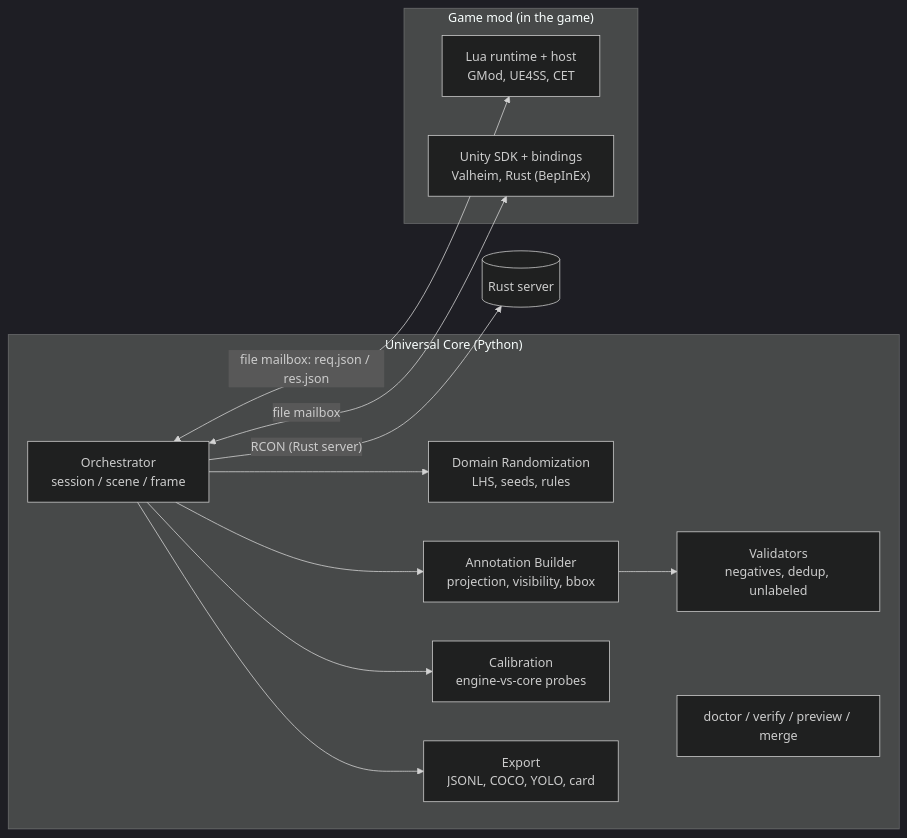
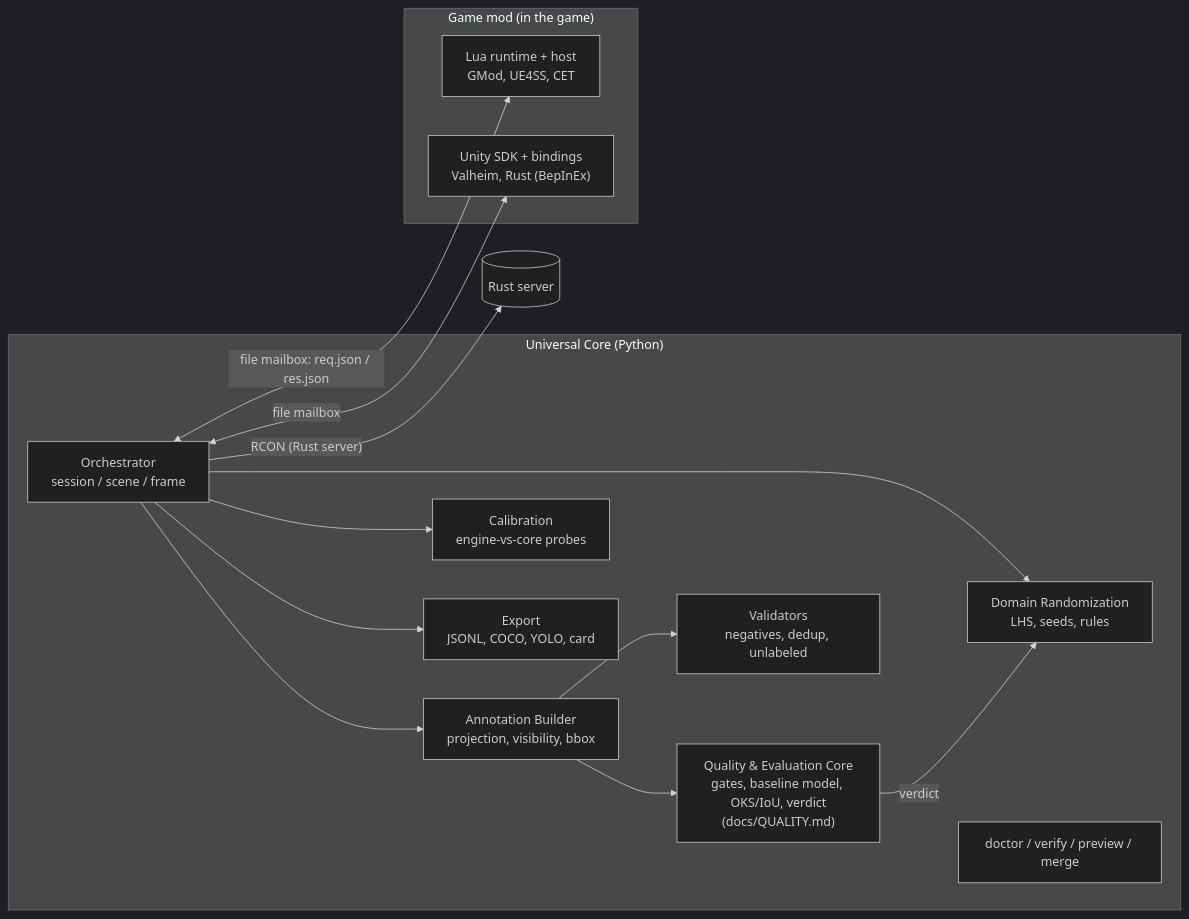
Before and after one commit to yarross/DataOpen: the diagram in docs/ARCHITECTURE.md, drawn with Mermaid (dark theme). The commit also changed other lines of this file and 11 other files, not shown here.

````diff
--- a/docs/ARCHITECTURE.md
+++ b/docs/ARCHITECTURE.md
@@ -6,18 +6,20 @@
 ```mermaid
 flowchart LR
   subgraph Core["Universal Core (Python)"]
     ORCH["Orchestrator<br/>session / scene / frame"] --> DR["Domain Randomization<br/>LHS, seeds, rules"]
     ORCH --> AB["Annotation Builder<br/>projection, visibility, bbox"]
+    AB --> QUAL["Quality & Evaluation Core<br/>gates, baseline model, OKS/IoU, verdict<br/>(docs/QUALITY.md)"]
+    QUAL -- "verdict" --> DR
     AB --> VAL["Validators<br/>negatives, dedup, unlabeled"]
     ORCH --> CAL["Calibration<br/>engine-vs-core probes"]
     ORCH --> EXP["Export<br/>JSONL, COCO, YOLO, card"]
     TOOLS["doctor / verify / preview / merge"]
   end
   subgraph Mod["Game mod (in the game)"]
     LUA["Lua runtime + host<br/>GMod, UE4SS, CET"]
     CS["Unity SDK + bindings<br/>Valheim, Rust (BepInEx)"]
   end
   ORCH <-- "file mailbox: req.json / res.json" --> LUA
   ORCH <-- "file mailbox" --> CS
   ORCH -- "RCON (Rust server)" --> SRV[(Rust server)]
 ```
````
